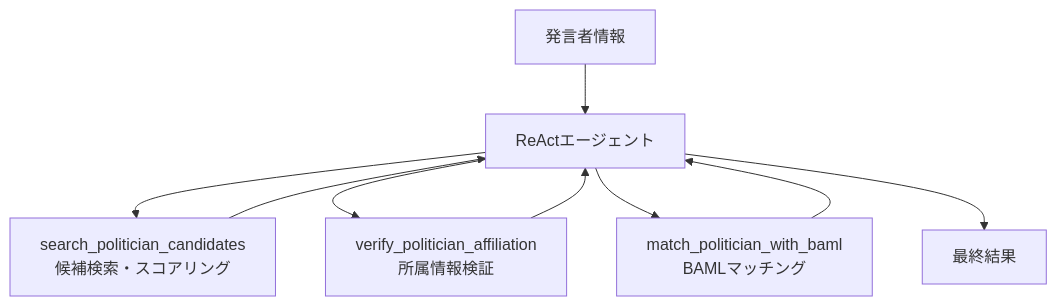
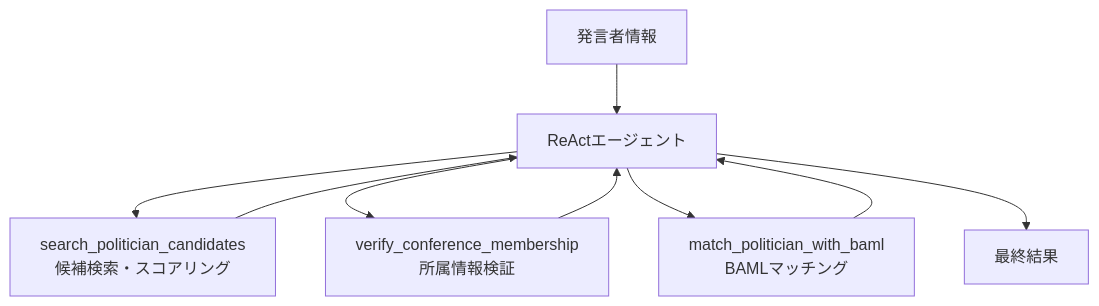
Before and after one commit to sage-base/corporation-docs: the second of 2 diagrams in docs/development/llm-processing/politician-matching.md, drawn with Mermaid. The commit also changed other lines of this file and 3 other files, not shown here.

````diff
--- a/docs/development/llm-processing/politician-matching.md
+++ b/docs/development/llm-processing/politician-matching.md
@@ -91,11 +91,11 @@
 ```mermaid
 graph TD
     A[発言者情報] --> B[ReActエージェント]
     B --> C[search_politician_candidates<br/>候補検索・スコアリング]
-    B --> D[verify_politician_affiliation<br/>所属情報検証]
+    B --> D[verify_conference_membership<br/>所属情報検証]
     B --> E[match_politician_with_baml<br/>BAMLマッチング]
     C --> B
     D --> B
     E --> B
     B --> F[最終結果]
 ```
````
